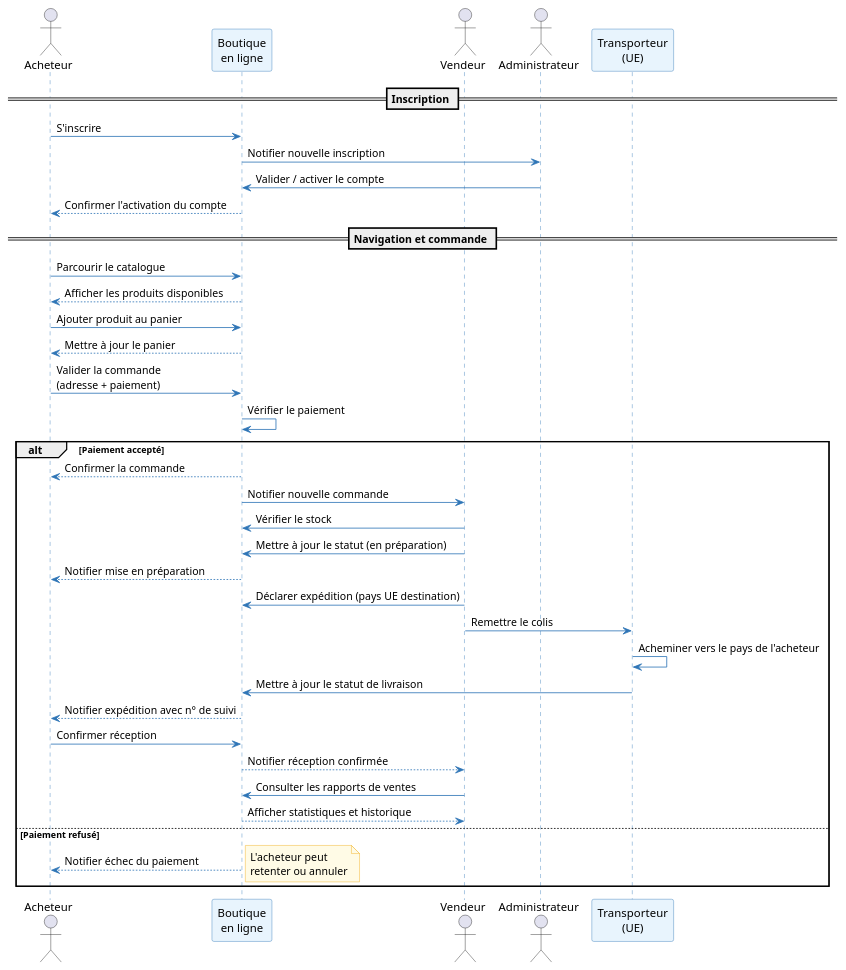
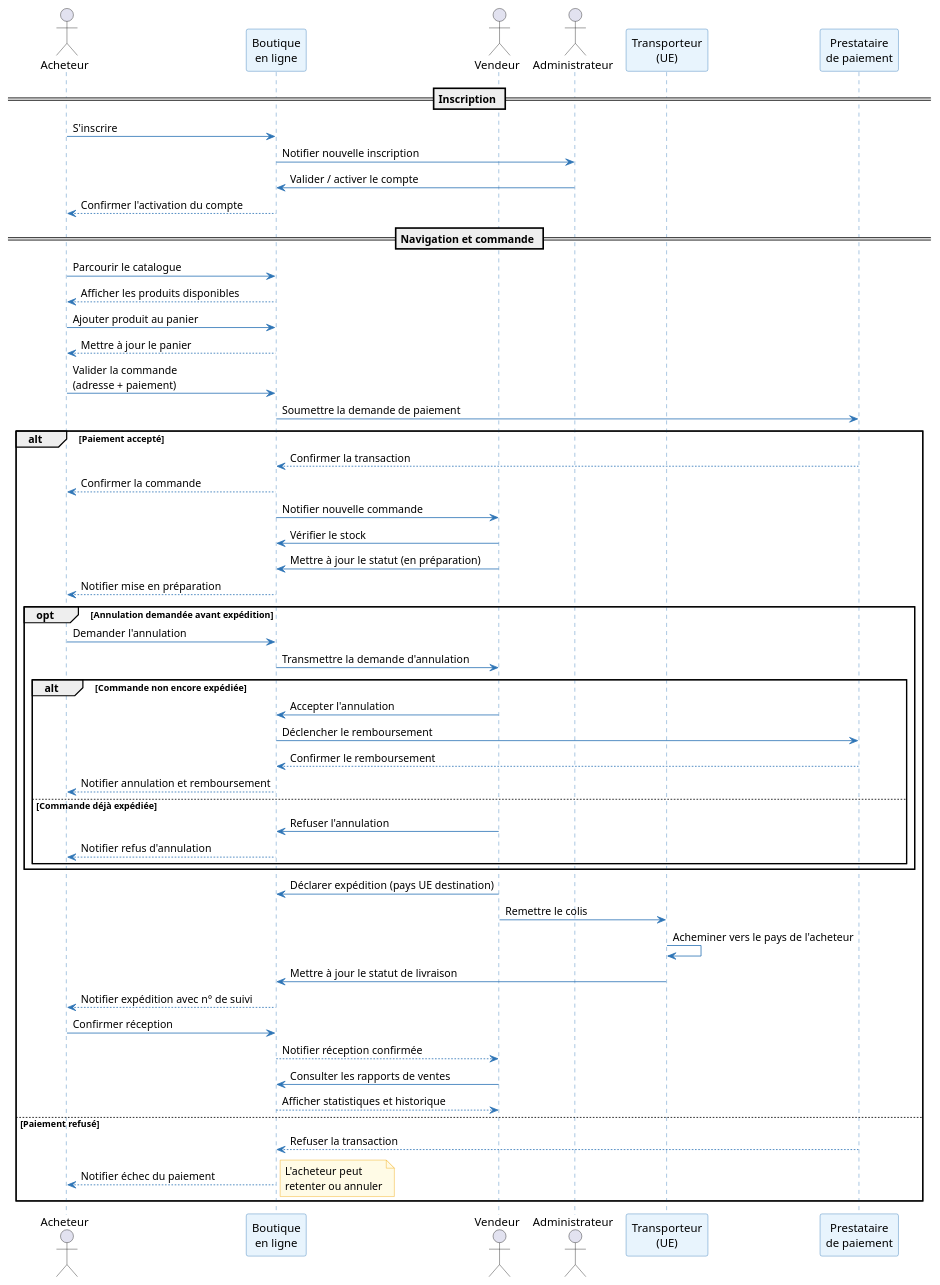
The third of 4 diagrams in architecture.adoc (louistalvande/online_shop), drawn with PlantUML before and after one commit. The commit also changed other lines of this file, not shown here.

First line of the commit message:
Enhance architecture documentation with payment details

```diff
--- a/architecture.adoc
+++ b/architecture.adoc
@@ -193,56 +260,73 @@
 [plantuml, oa-sequence, svg]
 ----
 skinparam sequenceArrowColor #2E75B6
 skinparam sequenceParticipantBackgroundColor #E8F4FD
 skinparam sequenceParticipantBorderColor #2E75B6
 skinparam sequenceLifeLineBorderColor #2E75B6
 skinparam noteBorderColor #F0A500
 skinparam noteBackgroundColor #FFFBE6
 
 actor Acheteur as Buyer
 participant "Boutique\nen ligne" as Shop
 actor Vendeur as Vendor
 actor Administrateur as Admin
 participant "Transporteur\n(UE)" as Carrier
+participant "Prestataire\nde paiement" as Payment
 
 == Inscription ==
 Buyer -> Shop : S'inscrire
 Shop -> Admin : Notifier nouvelle inscription
 Admin -> Shop : Valider / activer le compte
 Shop --> Buyer : Confirmer l'activation du compte
 
 == Navigation et commande ==
 Buyer -> Shop : Parcourir le catalogue
 Shop --> Buyer : Afficher les produits disponibles
 
 Buyer -> Shop : Ajouter produit au panier
 Shop --> Buyer : Mettre à jour le panier
 
 Buyer -> Shop : Valider la commande\n(adresse + paiement)
-Shop -> Shop : Vérifier le paiement
+Shop -> Payment : Soumettre la demande de paiement
 
 alt Paiement accepté
+  Payment --> Shop : Confirmer la transaction
   Shop --> Buyer : Confirmer la commande
   Shop -> Vendor : Notifier nouvelle commande
 
   Vendor -> Shop : Vérifier le stock
   Vendor -> Shop : Mettre à jour le statut (en préparation)
   Shop --> Buyer : Notifier mise en préparation
+
+  opt Annulation demandée avant expédition
+    Buyer -> Shop : Demander l'annulation
+    Shop -> Vendor : Transmettre la demande d'annulation
+    alt Commande non encore expédiée
+      Vendor -> Shop : Accepter l'annulation
+      Shop -> Payment : Déclencher le remboursement
+      Payment --> Shop : Confirmer le remboursement
+      Shop --> Buyer : Notifier annulation et remboursement
+    else Commande déjà expédiée
+      Vendor -> Shop : Refuser l'annulation
+      Shop --> Buyer : Notifier refus d'annulation
+    end
+  end
 
   Vendor -> Shop : Déclarer expédition (pays UE destination)
   Vendor -> Carrier : Remettre le colis
   Carrier -> Carrier : Acheminer vers le pays de l'acheteur
   Carrier -> Shop : Mettre à jour le statut de livraison
   Shop --> Buyer : Notifier expédition avec n° de suivi
 
   Buyer -> Shop : Confirmer réception
   Shop --> Vendor : Notifier réception confirmée
 
   Vendor -> Shop : Consulter les rapports de ventes
   Shop --> Vendor : Afficher statistiques et historique
 
 else Paiement refusé
+  Payment --> Shop : Refuser la transaction
   Shop --> Buyer : Notifier échec du paiement
   note right : L'acheteur peut\nretenter ou annuler
 end
 ----
```
